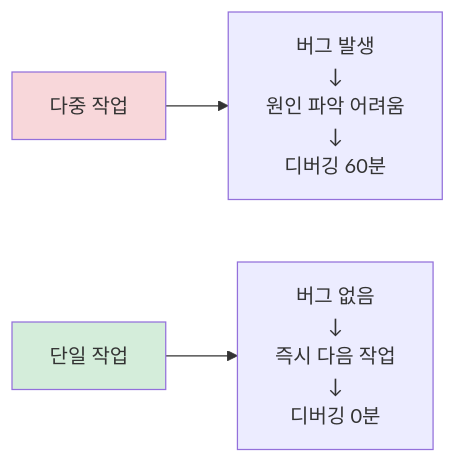
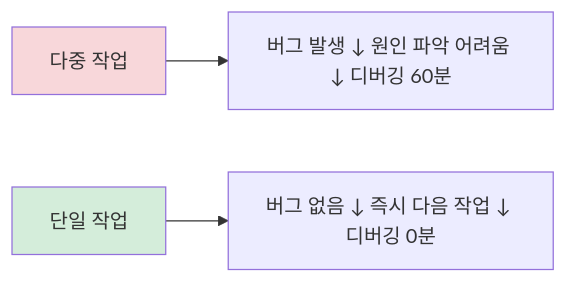
Diagram 16 of 21 in flow-draft.md (code-yeongyu/sisyphus-private), drawn with Mermaid before and after one commit. The commit also changed other lines of this file and 150 other files, not shown here.

````diff
--- a/flow-draft.md
+++ b/flow-draft.md
@@ -1116,9 +2400,9 @@
 ```mermaid
 graph LR
-    Multi[다중 작업] --> Bug[버그 발생<br/>↓<br/>원인 파악 어려움<br/>↓<br/>디버깅 60분]
+    Multi[다중 작업] --> Bug[버그 발생 ↓ 원인 파악 어려움 ↓ 디버깅 60분]
 
-    Single[단일 작업] --> NoBug[버그 없음<br/>↓<br/>즉시 다음 작업<br/>↓<br/>디버깅 0분]
+    Single[단일 작업] --> NoBug[버그 없음 ↓ 즉시 다음 작업 ↓ 디버깅 0분]
 
     style Multi fill:#f8d7da
     style Single fill:#d4edda
 ```
````
